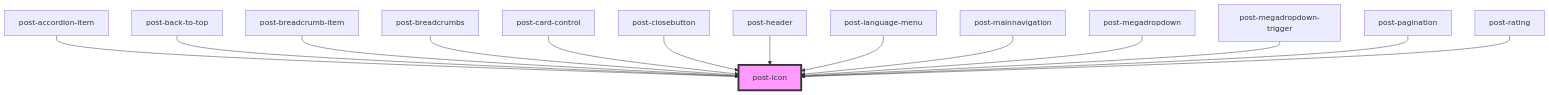
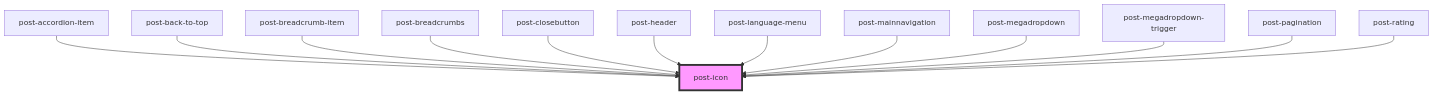
The diagram in packages/components/src/components/post-icon/readme.md (swisspost/design-system), drawn with Mermaid before and after one commit. The commit also changed other lines of this file and 26 other files, not shown here.

Commit message:
chore: remove card-control web-component and update snapshot view

````diff
--- a/packages/components/src/components/post-icon/readme.md
+++ b/packages/components/src/components/post-icon/readme.md
@@ -41,17 +40,16 @@
 ```mermaid
 graph TD;
   post-accordion-item --> post-icon
   post-back-to-top --> post-icon
   post-breadcrumb-item --> post-icon
   post-breadcrumbs --> post-icon
-  post-card-control --> post-icon
   post-closebutton --> post-icon
   post-header --> post-icon
   post-language-menu --> post-icon
   post-mainnavigation --> post-icon
   post-megadropdown --> post-icon
   post-megadropdown-trigger --> post-icon
   post-pagination --> post-icon
   post-rating --> post-icon
   style post-icon fill:#f9f,stroke:#333,stroke-width:4px
 ```
````
